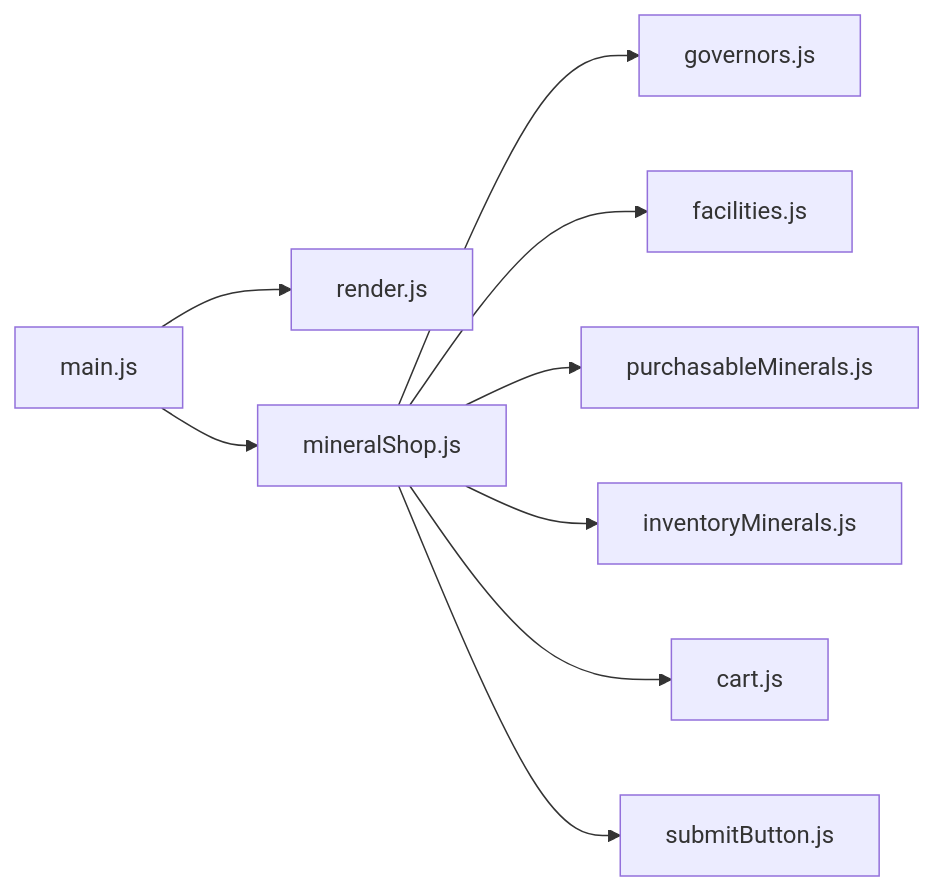
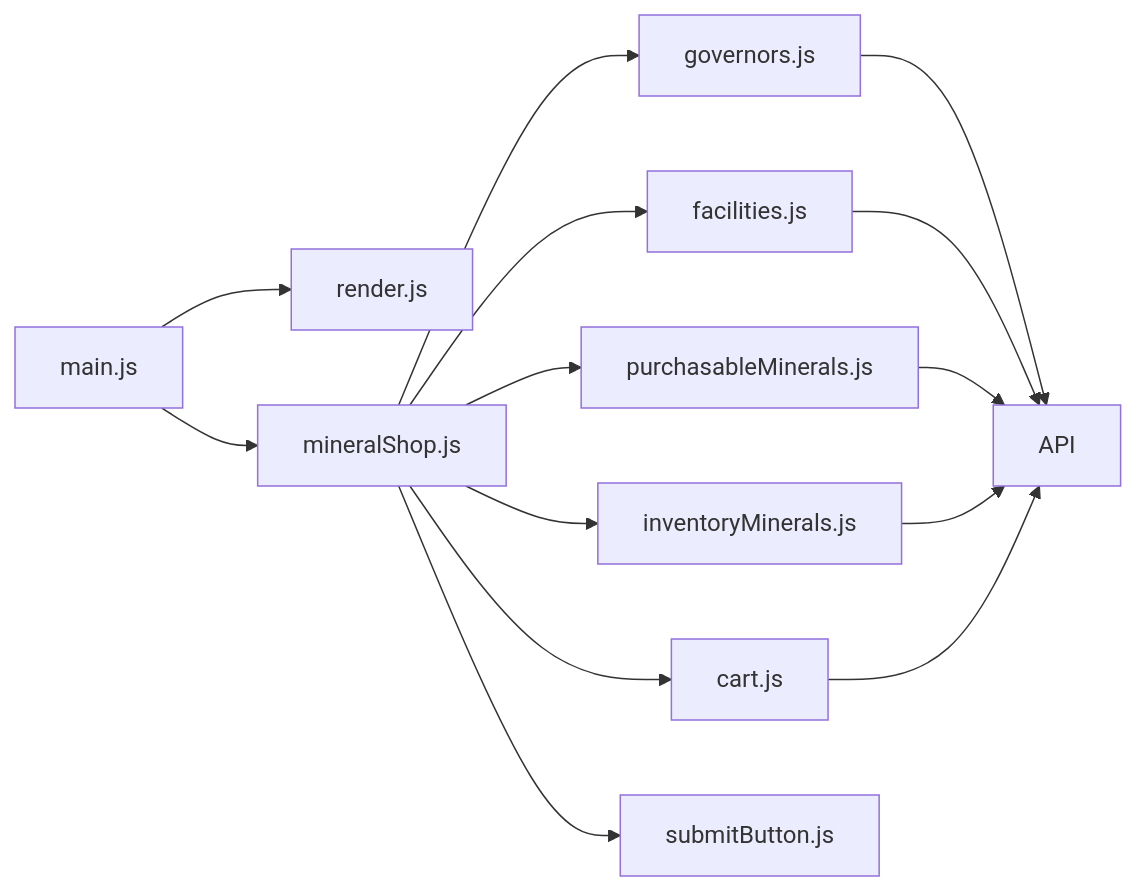
One commit to Evening-Cohort-32/Exomine-client-giccyb changed the diagram in depencyGraph.md. Above: the diagram before and after it, drawn with Mermaid.

Commit message:
Updated dependency graph to include API

````diff
--- a/depencyGraph.md
+++ b/depencyGraph.md
@@ -1,11 +1,16 @@
 ```mermaid
 graph LR;
 main.js-->render.js;
 main.js-->mineralShop.js;
 mineralShop.js-->governors.js
 mineralShop.js-->facilities.js
 mineralShop.js-->purchasableMinerals.js
 mineralShop.js-->inventoryMinerals.js
 mineralShop.js-->cart.js
 mineralShop.js-->submitButton.js
+governors.js-->API
+facilities.js-->API
+purchasableMinerals.js-->API
+inventoryMinerals.js-->API
+cart.js-->API
 ```
````
